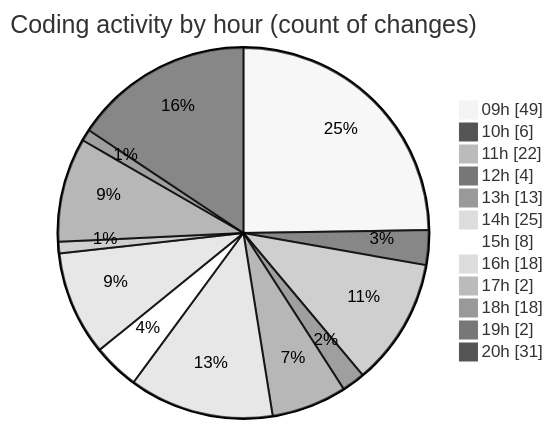
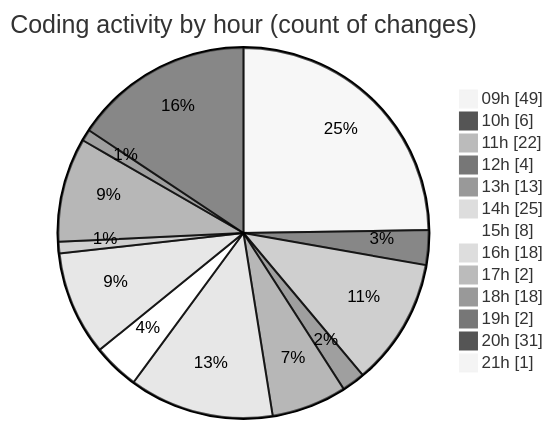
One commit to momahboobian/code-tracking changed the second of 2 diagrams in 2026-06-17/cda/README.md. Above: the diagram before and after it, drawn with Mermaid (neutral theme). The commit also changed other lines of this file and 1 other file, not shown here.

````diff
--- a/2026-06-17/cda/README.md
+++ b/2026-06-17/cda/README.md
@@ -71,16 +71,17 @@
 ```mermaid
 pie showData
 title Coding activity by hour (count of changes)
 "09h" : 49
 "10h" : 6
 "11h" : 22
 "12h" : 4
 "13h" : 13
 "14h" : 25
 "15h" : 8
 "16h" : 18
 "17h" : 2
 "18h" : 18
 "19h" : 2
 "20h" : 31
+"21h" : 1
 ```
````
